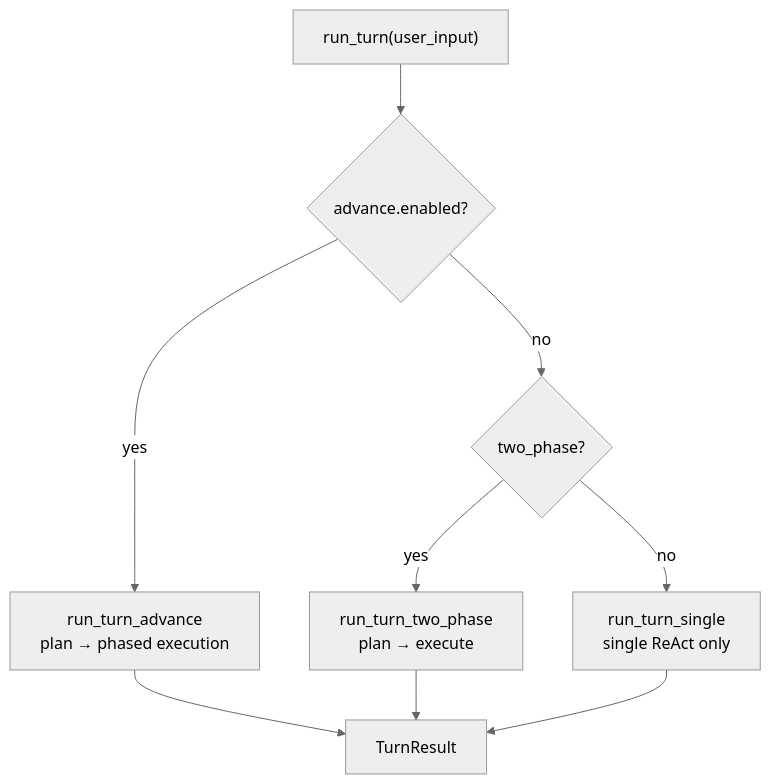
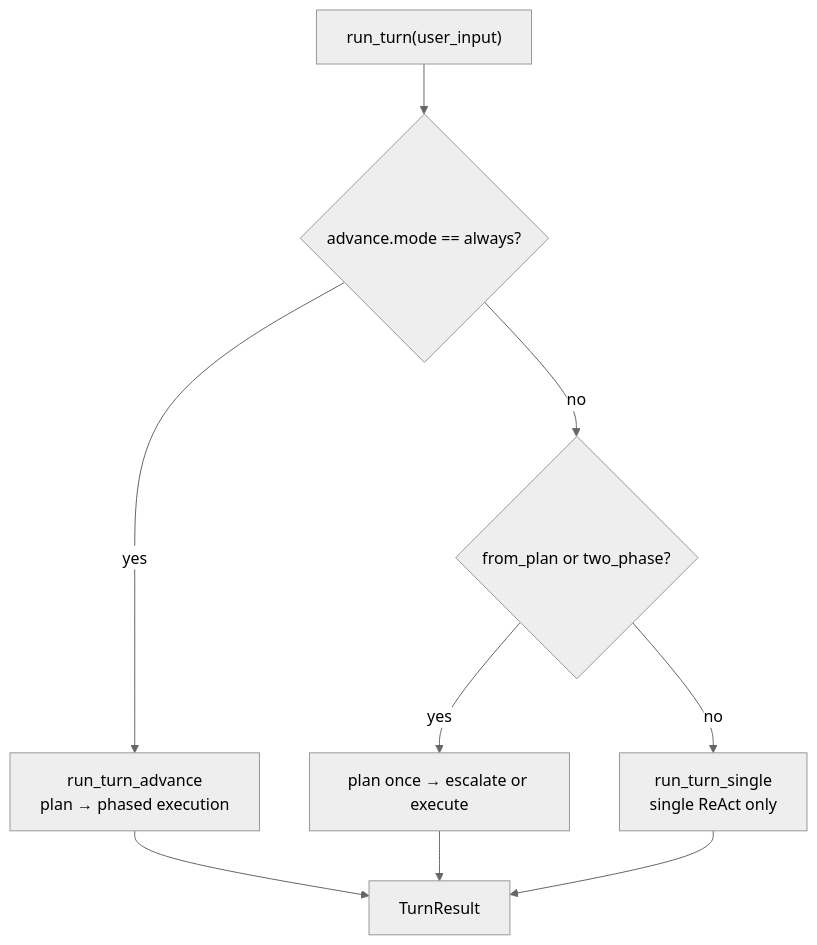
Before and after one commit to tax-mux/harness-seed: the fifth of 6 diagrams in doc/en/architecture/00_harness-seed-structure.md, drawn with Mermaid (neutral theme). The commit also changed other lines of this file and 120 other files, not shown here.

````diff
--- a/doc/en/architecture/00_harness-seed-structure.md
+++ b/doc/en/architecture/00_harness-seed-structure.md
@@ -166,11 +166,11 @@
 ```mermaid
 flowchart TD
-    RT["run_turn(user_input)"] --> AD{"advance.enabled?"}
+    RT["run_turn(user_input)"] --> AD{"advance.mode == always?"}
     AD -->|yes| ADV["run_turn_advance<br/>plan → phased execution"]
-    AD -->|no| TP{"two_phase?"}
-    TP -->|yes| TWO["run_turn_two_phase<br/>plan → execute"]
+    AD -->|no| TP{"from_plan or two_phase?"}
+    TP -->|yes| TWO["plan once → escalate or execute"]
     TP -->|no| ONE["run_turn_single<br/>single ReAct only"]
     ADV --> END["TurnResult"]
     TWO --> END
     ONE --> END
 ```
````
